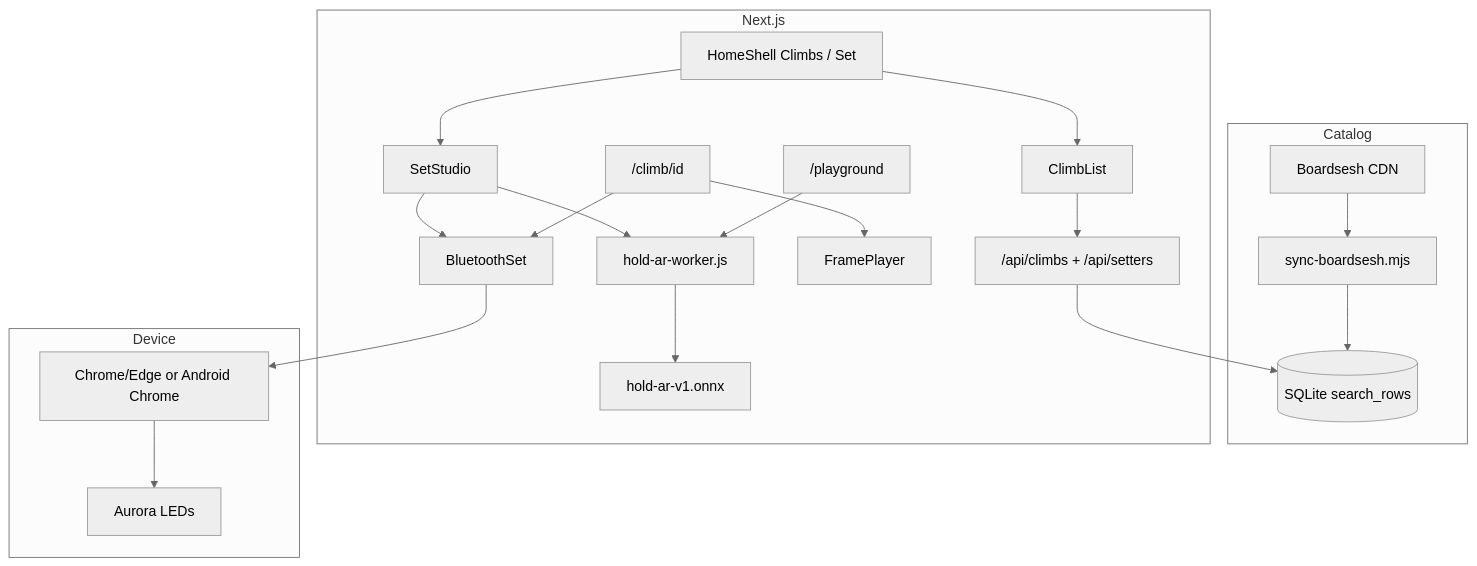
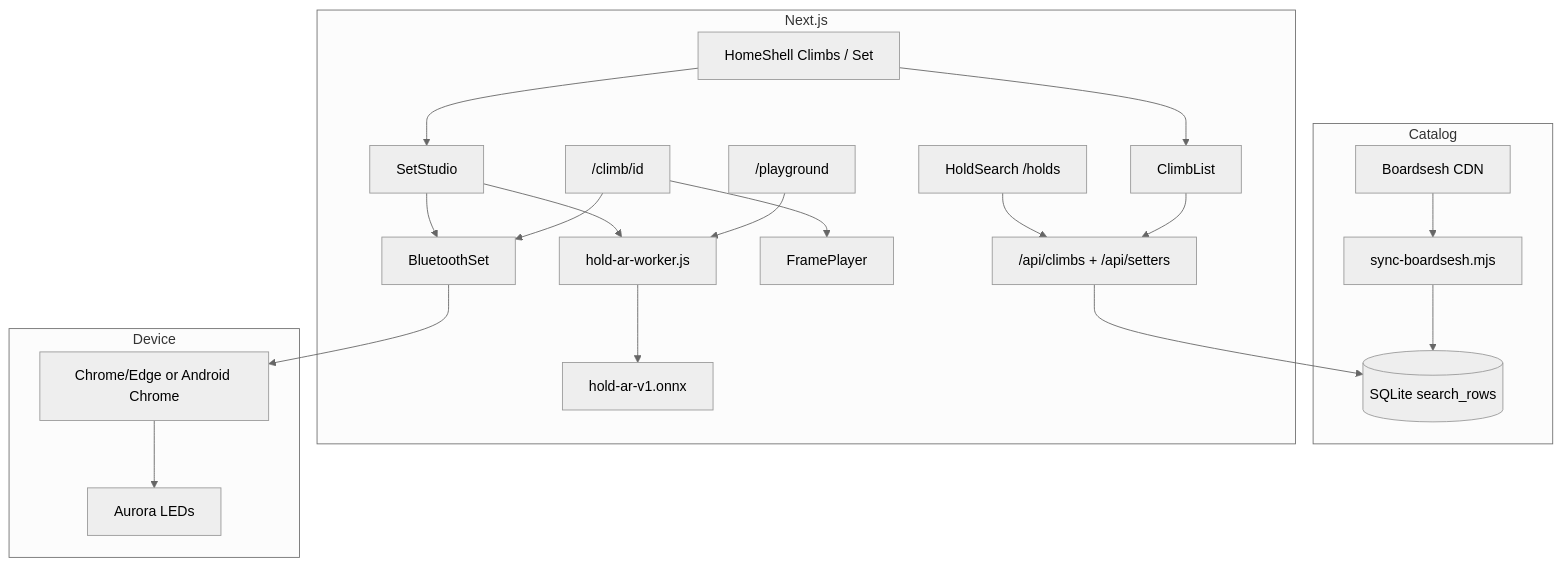
One commit to mihailo1/kilterboard changed the diagram in ARCHITECTURE.md. Above: the diagram before and after it, drawn with Mermaid (neutral theme). The commit also changed other lines of this file and 17 other files, not shown here.

First line of the commit message:
Release v1.1.3: hold search for boulders

````diff
--- a/ARCHITECTURE.md
+++ b/ARCHITECTURE.md
@@ -15,35 +16,37 @@
 ```mermaid
 flowchart TB
   subgraph Catalog
     CDN[Boardsesh CDN]
     Sync[sync-boardsesh.mjs]
     DB[(SQLite search_rows)]
     CDN --> Sync --> DB
   end
 
   subgraph App[Next.js]
     Home[HomeShell Climbs / Set]
     List[ClimbList]
+    Holds[HoldSearch /holds]
     API["/api/climbs + /api/setters"]
     Set[SetStudio]
     Play["/playground"]
     Detail["/climb/id"]
     Worker[hold-ar-worker.js]
     Onnx[hold-ar-v1.onnx]
     Home --> List
     Home --> Set
+    Holds --> API
     List --> API --> DB
     Set --> Worker
     Play --> Worker
     Worker --> Onnx
     Detail --> FramePlayer
     Set --> BLE[BluetoothSet]
     Detail --> BLE
   end
 
   subgraph Device
     Chrome[Chrome/Edge or Android Chrome]
     Aurora[Aurora LEDs]
     BLE --> Chrome --> Aurora
   end
 ```
````
